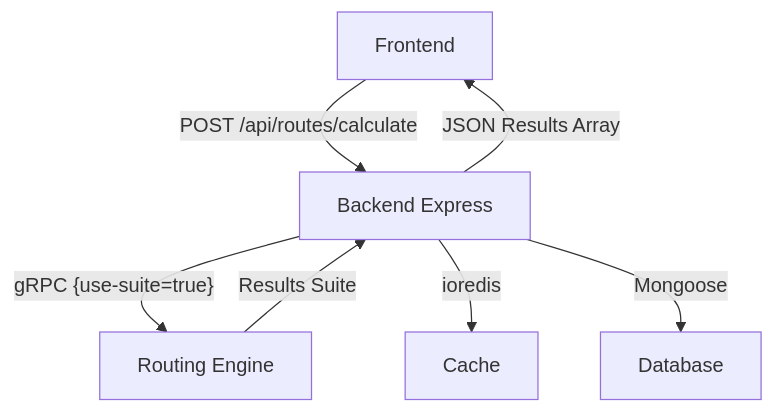
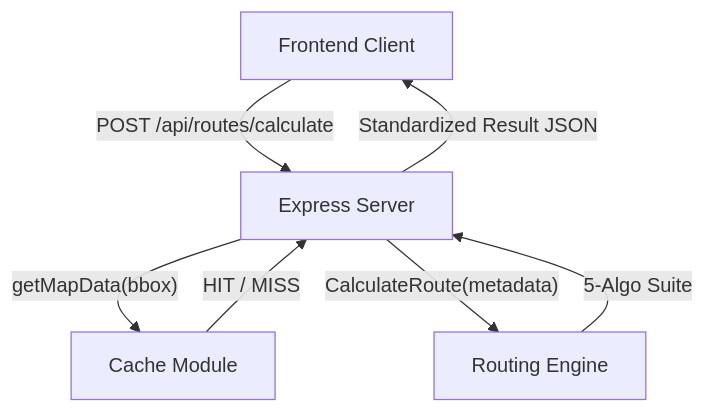
One commit to SaarthakBatra/AI-Route-Planning-system-for-Electric-Vehicles changed the first of 2 diagrams in modules/backend/README.md. Above: the diagram before and after it, drawn with Mermaid. The commit also changed other lines of this file and 51 other files, not shown here.

````diff
--- a/modules/backend/README.md
+++ b/modules/backend/README.md
@@ -23,9 +8,9 @@
 ```mermaid
 graph TD
-    A[Frontend] -- POST /api/routes/calculate --> B[Backend Express]
-    B -- gRPC {use-suite=true} --> C[Routing Engine]
-    C -- Results Suite --> B
-    B -- JSON Results Array --> A
-    B -- ioredis --> D[Cache]
-    B -- Mongoose --> E[Database]
+    A[Frontend Client] -- "POST /api/routes/calculate" --> B[Express Server]
+    B -- "getMapData(bbox)" --> C[Cache Module]
+    C -- "HIT / MISS" --> B
+    B -- "CalculateRoute(metadata)" --> D[Routing Engine]
+    D -- "5-Algo Suite" --> B
+    B -- "Standardized Result JSON" --> A
 ```
````
